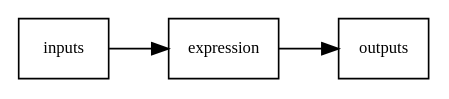
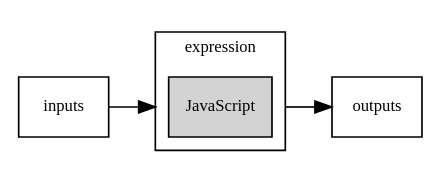
The third of 4 diagrams in src/basic-concepts.md (common-workflow-language/user_guide), drawn with Graphviz before and after one commit. The commit also changed other lines of this file, not shown here.

Commit message:
Improve graphs in basic concepts

````diff
--- a/src/basic-concepts.md
+++ b/src/basic-concepts.md
@@ -153,14 +225,25 @@
 ```{graphviz}
 :name: expression-tool-graph
 :caption: CWL expression tool.
 :align: center
 
-digraph "CWL command-line tool" {
+digraph G {
+    compound=true;
     rankdir="LR";
+    fontname="Verdana";
+    fontsize="10";
     graph [splines=ortho];
 
     node [fontname="Verdana", fontsize="10", shape=box];
     edge [fontname="Verdana", fontsize="10"];
-    inputs -> expression -> outputs;
+
+    subgraph cluster_0 {
+      expression[style="filled" label="JavaScript"];
+      label="expression";
+      fill=gray;
+    }
+
+    inputs -> expression [lhead=cluster_0];
+    expression -> outputs [ltail=cluster_0];
 }
 ```
````
